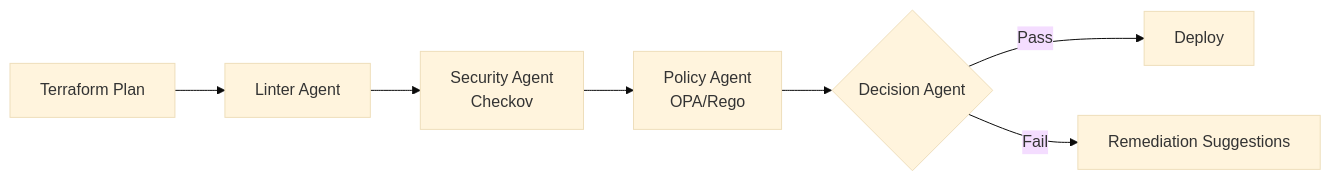
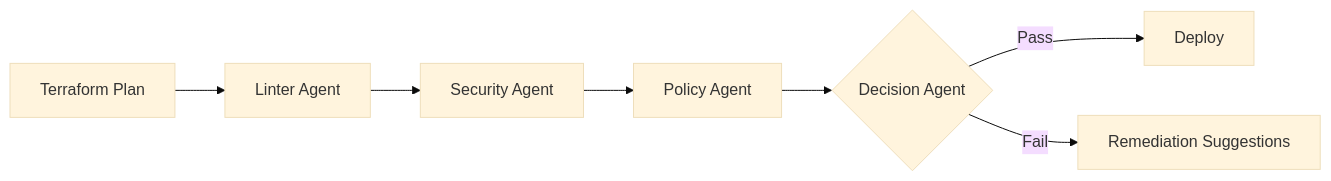
One commit to Zain-ul-abdeen-773/AQI-Predictor changed the third of 3 diagrams in README.md. Above: the diagram before and after it, drawn with Mermaid (base theme). The commit also changed other lines of this file and 7 other files, not shown here.

Commit message:
feat: implement ClearML dataset management, SHAP interpretability, and modular pipeline configuration architectures.

````diff
--- a/README.md
+++ b/README.md
@@ -662,9 +661,9 @@
 ```mermaid
 graph LR
     A[Terraform Plan] --> B[Linter Agent]
-    B --> C[Security Agent<br/>Checkov]
-    C --> D[Policy Agent<br/>OPA/Rego]
+    B --> C[Security Agent]
+    C --> D[Policy Agent]
     D --> E{Decision Agent}
     E -->|Pass| F[Deploy]
     E -->|Fail| G[Remediation Suggestions]
 ```
````
